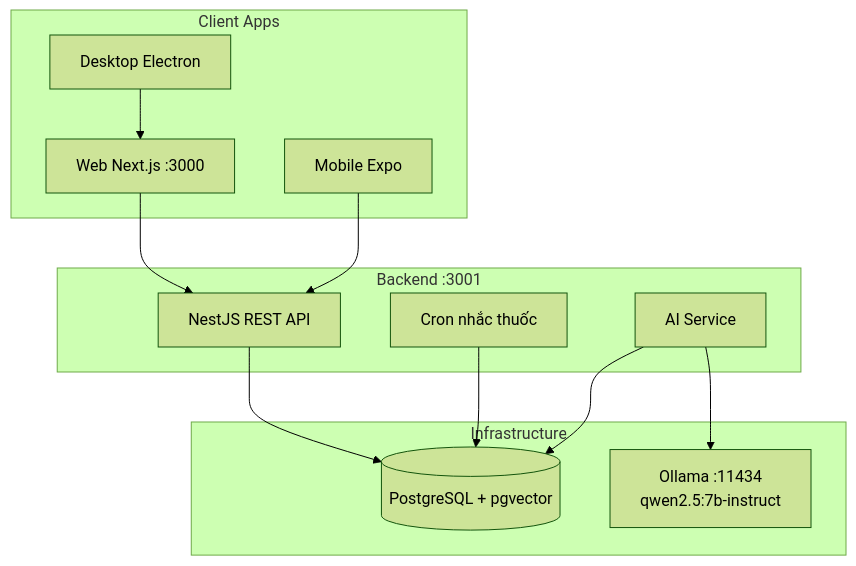
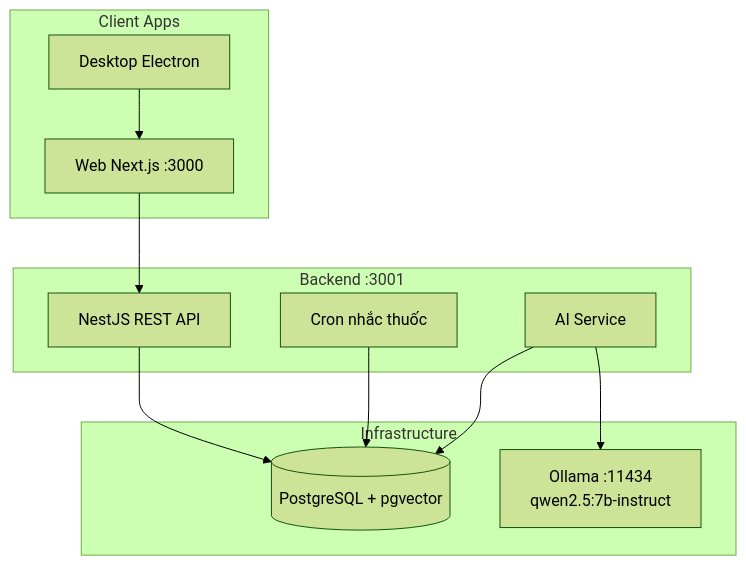
Before and after one commit to LongLee0605/healthguard: the diagram in README.md, drawn with Mermaid (forest theme). The commit also changed other lines of this file and 64 other files, not shown here.

````diff
--- a/README.md
+++ b/README.md
@@ -224,27 +223,25 @@
 ```mermaid
 flowchart TB
   subgraph clients [Client Apps]
     WEB["Web Next.js :3000"]
     DESK["Desktop Electron"]
-    MOB["Mobile Expo"]
   end
 
   subgraph server ["Backend :3001"]
     API["NestJS REST API"]
     CRON["Cron nhắc thuốc"]
     AI["AI Service"]
   end
 
   subgraph infra [Infrastructure]
     PG[("PostgreSQL + pgvector")]
     OLL["Ollama :11434<br/>qwen2.5:7b-instruct"]
   end
 
   WEB --> API
   DESK --> WEB
-  MOB --> API
   API --> PG
   AI --> OLL
   AI --> PG
   CRON --> PG
 ```
````
